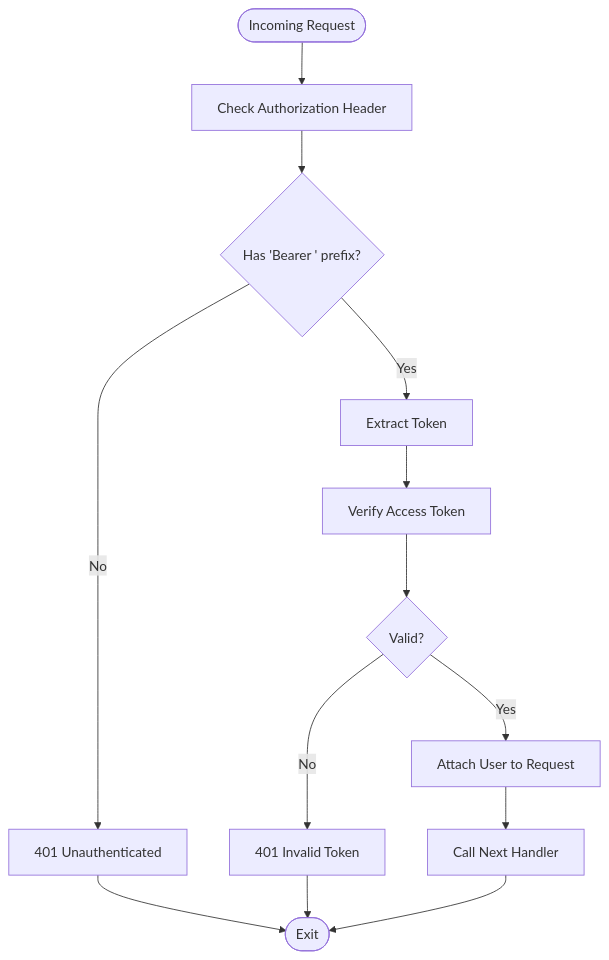
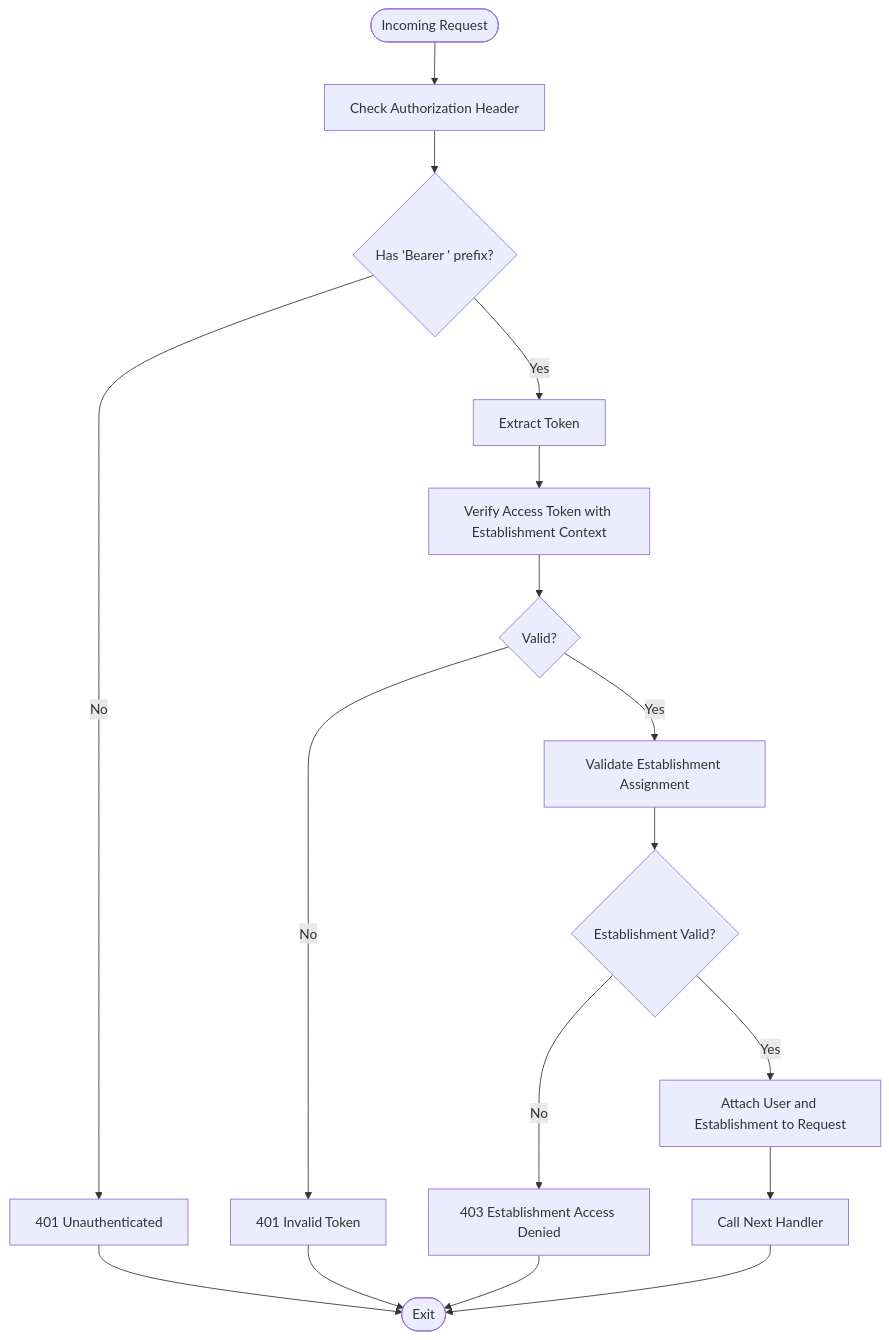
The fifth of 9 diagrams in .qoder/repowiki/en/content/Modules & Features/Administrative Modules/Security & Governance/Security & Governance.md (franckylab/eLISAschool), drawn with Mermaid before and after one commit. The commit also changed other lines of this file and 67 other files, not shown here.

````diff
--- a/.qoder/repowiki/en/content/Modules & Features/Administrative Modules/Security & Governance/Security & Governance.md
+++ b/.qoder/repowiki/en/content/Modules & Features/Administrative Modules/Security & Governance/Security & Governance.md
@@ -275,15 +351,19 @@
 ```mermaid
 flowchart TD
 Start(["Incoming Request"]) --> CheckHeader["Check Authorization Header"]
 CheckHeader --> HasBearer{"Has 'Bearer ' prefix?"}
 HasBearer --> |No| Unauthorized["401 Unauthenticated"]
 HasBearer --> |Yes| Extract["Extract Token"]
-Extract --> Verify["Verify Access Token"]
+Extract --> Verify["Verify Access Token with Establishment Context"]
 Verify --> Valid{"Valid?"}
 Valid --> |No| InvalidToken["401 Invalid Token"]
-Valid --> |Yes| Attach["Attach User to Request"]
+Valid --> |Yes| EstablishCheck["Validate Establishment Assignment"]
+EstablishCheck --> EstValid{"Establishment Valid?"}
+EstValid --> |No| EstDenied["403 Establishment Access Denied"]
+EstValid --> |Yes| Attach["Attach User and Establishment to Request"]
 Attach --> Next["Call Next Handler"]
 Unauthorized --> End(["Exit"])
 InvalidToken --> End
+EstDenied --> End
 Next --> End
 ```
````
